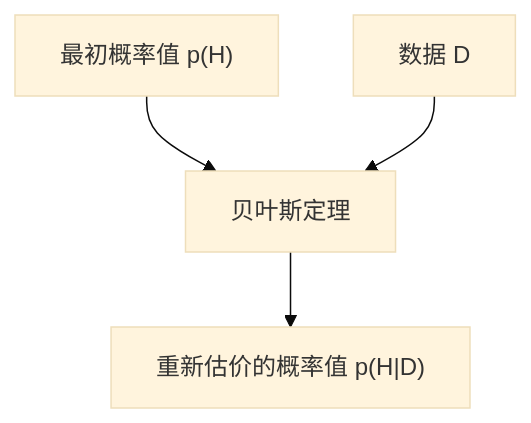
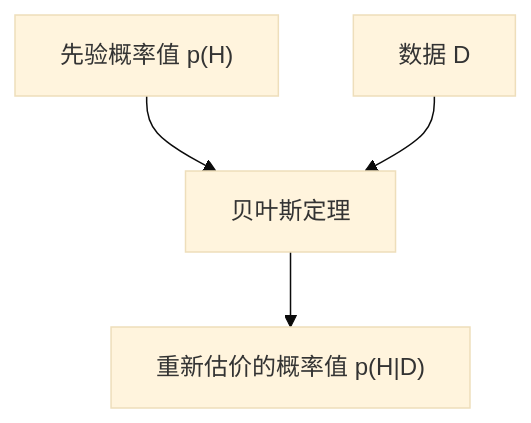
Before and after one commit to zetian-jia/bayesian-notes-quarto-starter: the diagram in chapters/02-basic-concepts.qmd, drawn with Mermaid (base theme). The commit also changed other lines of this file and 7 other files, not shown here.

````diff
--- a/chapters/02-basic-concepts.qmd
+++ b/chapters/02-basic-concepts.qmd
@@ -125,6 +131,8 @@
 ```{mermaid}
+%%| fig-align: center
+%%| 
 flowchart TD
-    A["最初概率值 p(H)"] --> C["贝叶斯定理"]
+    A["先验概率值 p(H)"] --> C["贝叶斯定理"]
     B["数据 D"] --> C
     C --> D["重新估价的概率值 p(H|D)"]
 ```
````
